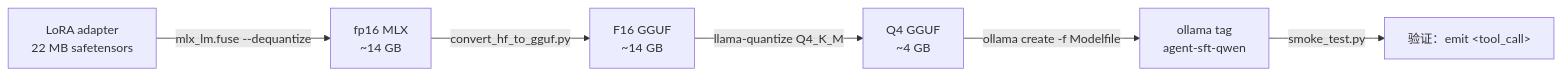
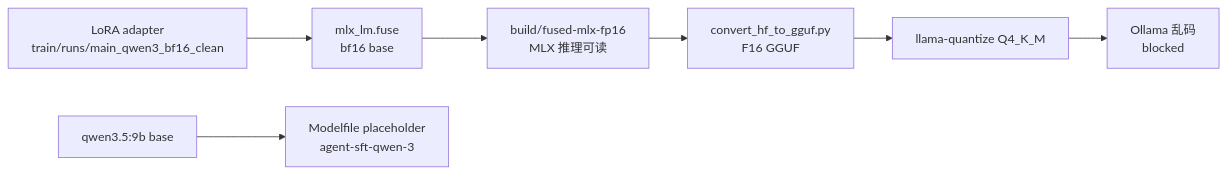
Before and after one commit to AndyUneducated/alchemy: the second of 2 diagrams in play/agent_sft/deploy/README.md, drawn with Mermaid. The commit also changed other lines of this file and 14 other files, not shown here.

````diff
--- a/play/agent_sft/deploy/README.md
+++ b/play/agent_sft/deploy/README.md
@@ -7,8 +37,9 @@
 ```mermaid
 flowchart LR
-    A["LoRA adapter<br/>22 MB safetensors"] -->|"mlx_lm.fuse --dequantize"| B["fp16 MLX<br/>~14 GB"]
-    B -->|"convert_hf_to_gguf.py"| C["F16 GGUF<br/>~14 GB"]
-    C -->|"llama-quantize Q4_K_M"| D["Q4 GGUF<br/>~4 GB"]
-    D -->|"ollama create -f Modelfile"| E["ollama tag<br/>agent-sft-qwen"]
-    E -->|"smoke_test.py"| F["验证：emit &lt;tool_call&gt;"]
+    adapter["LoRA adapter<br/>train/runs/main_qwen3_bf16_clean"] --> fuse["mlx_lm.fuse<br/>bf16 base"]
+    fuse --> mlxdir["build/fused-mlx-fp16<br/>MLX 推理可读"]
+    mlxdir --> gguf["convert_hf_to_gguf.py<br/>F16 GGUF"]
+    gguf --> q4["llama-quantize Q4_K_M"]
+    q4 --> broken["Ollama 乱码<br/>blocked"]
+    base["qwen3.5:9b base"] --> placeholder["Modelfile placeholder<br/>agent-sft-qwen-3"]
 ```
````
